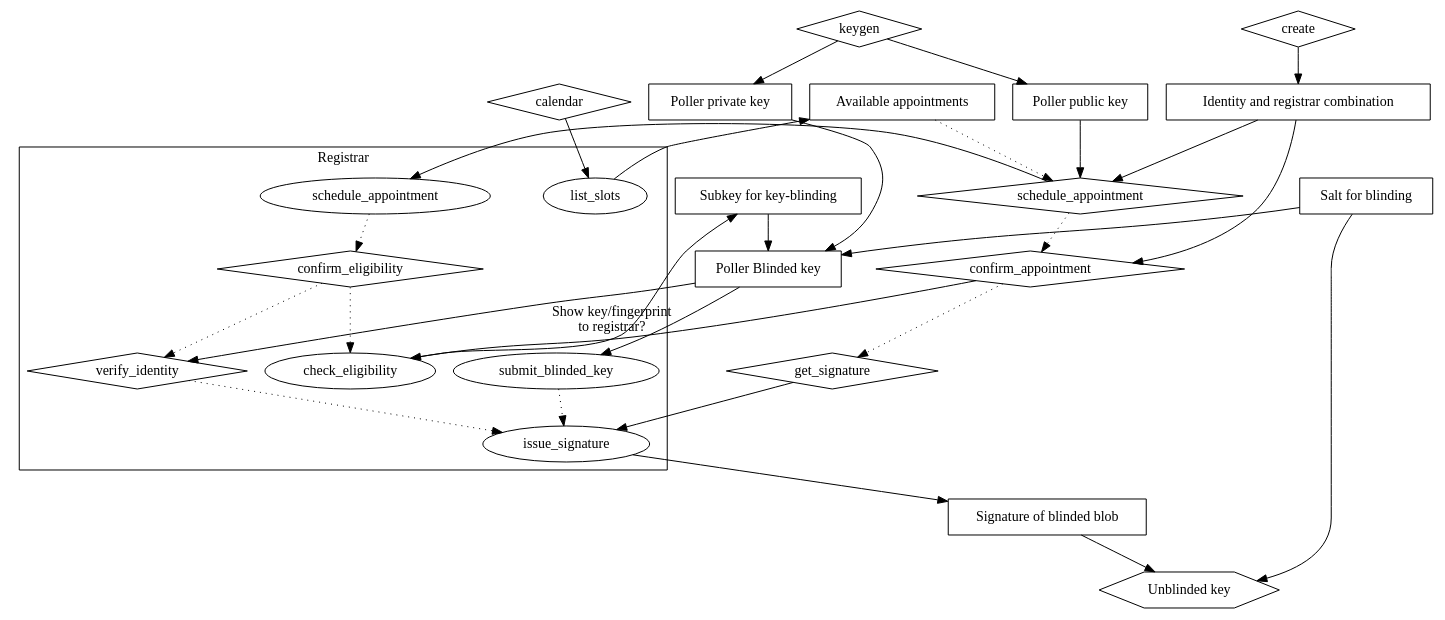
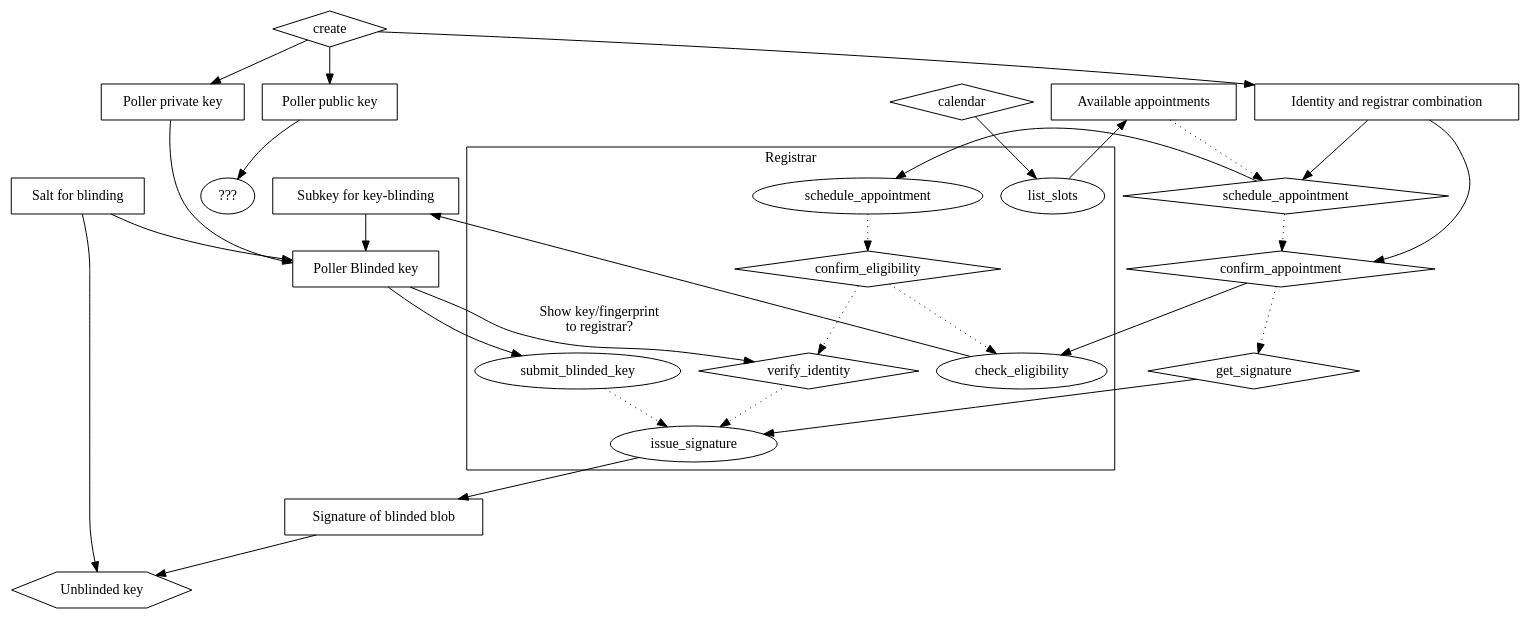
The diagram in doc/securepolling.dot (securepollingsystem/securepolling), drawn with Graphviz before and after one commit. The commit also changed 1 other file, not shown here.

Commit message:
public key

```diff
--- a/doc/securepolling.dot
+++ b/doc/securepolling.dot
@@ -1,62 +1,65 @@
 // Registrar process
 digraph {
   subgraph cluster_Registrar {
     label="Registrar"
     r_list_slots [label="list_slots"]
     r_schedule_appointment [label="schedule_appointment"]
     r_verify_identity [label="verify_identity" shape="diamond"]
     r_check_eligibility [label="check_eligibility"]
     r_issue_signature [label="issue_signature"]
     r_submit_blinded_key [label="submit_blinded_key"]
     r_confirm_eligibility -> r_check_eligibility [style="dotted"]
     r_confirm_eligibility [label="confirm_eligibility" shape="diamond"]
     r_schedule_appointment -> r_confirm_eligibility -> r_verify_identity -> r_issue_signature [style="dotted"]
     r_submit_blinded_key -> r_issue_signature [style="dotted"]
   }
 
   // Step 1
   create [shape="diamond"]
   Identity [label="Identity and registrar combination" shape="box"]
 
   create -> Identity
 
-  keygen [shape="diamond"]
+//keygen [shape="diamond"]
   Public [label="Poller public key" shape="box"]
   Private [label="Poller private key" shape="box"]
 
-  keygen -> Public
-  keygen -> Private
+//keygen -> Public
+//keygen -> Private
+  create -> Public
+  create -> Private
 
   calendar [shape="diamond"]
   Appointments [label="Available appointments" shape="box"]
   calendar -> r_list_slots -> Appointments
   Appointments -> schedule_appointment [style="dotted"]
 
   Subkey [label="Subkey for key-blinding" shape="box"]
   Salt [label="Salt for blinding" shape="box"]
 
   Blinded [label="Poller Blinded key" shape="box"]
   Private -> Blinded
   Subkey -> Blinded
   Salt -> Blinded
   Blinded -> r_verify_identity [label="Show key/fingerprint\nto registrar?"]
 
   schedule_appointment, get_signature [shape="diamond"]
   Identity -> schedule_appointment
-  Public  -> schedule_appointment -> r_schedule_appointment
+  Public  -> "???"
+  schedule_appointment -> r_schedule_appointment
   schedule_appointment -> confirm_appointment -> get_signature [style="dotted"]
   get_signature -> r_issue_signature
   Identity -> confirm_appointment
   confirm_appointment [shape="diamond"]
 
   Blinded -> r_submit_blinded_key
 
   confirm_appointment -> r_check_eligibility -> Subkey
   r_issue_signature -> SignedBlinded
   SignedBlinded [label="Signature of blinded blob" shape="box"]
 
   Salt -> Unblinded
   SignedBlinded -> Unblinded
 
   Unblinded [shape="hexagon" label="Unblinded key"]
 }
```
